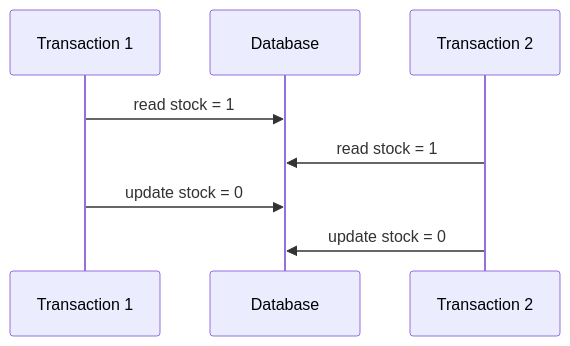
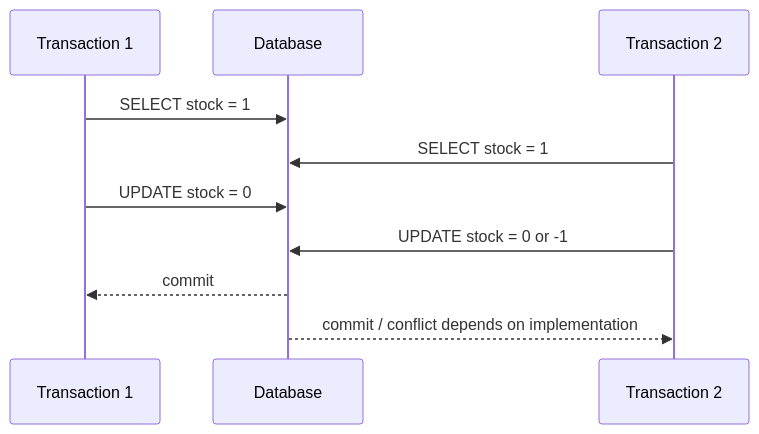
One commit to AmazingCaddy/readings-backend changed the first of 3 diagrams in docs/database/transaction-isolation.md. Above: the diagram before and after it, drawn with Mermaid. The commit also changed other lines of this file, not shown here.

````diff
--- a/docs/database/transaction-isolation.md
+++ b/docs/database/transaction-isolation.md
@@ -9,11 +45,13 @@
 ```mermaid
 sequenceDiagram
     participant T1 as Transaction 1
     participant DB as Database
     participant T2 as Transaction 2
 
-    T1->>DB: read stock = 1
-    T2->>DB: read stock = 1
-    T1->>DB: update stock = 0
-    T2->>DB: update stock = 0
+    T1->>DB: SELECT stock = 1
+    T2->>DB: SELECT stock = 1
+    T1->>DB: UPDATE stock = 0
+    T2->>DB: UPDATE stock = 0 or -1
+    DB-->>T1: commit
+    DB-->>T2: commit / conflict depends on implementation
 ```
````
